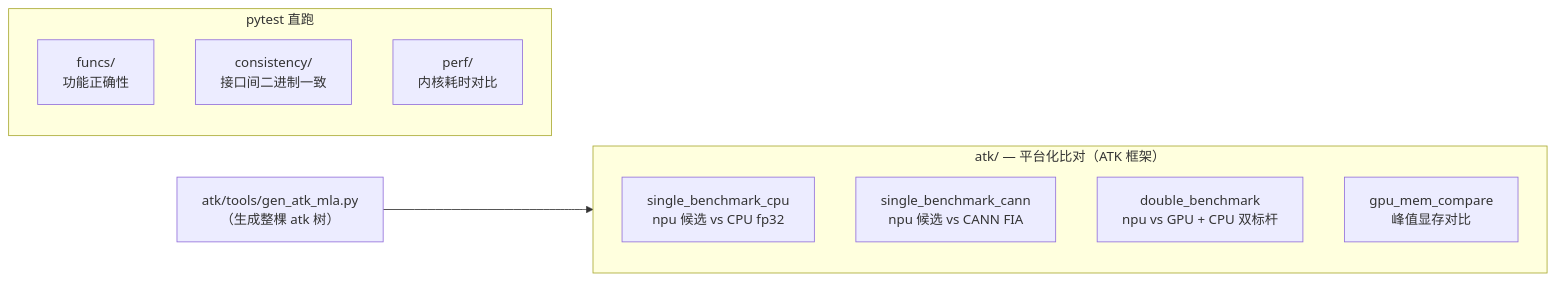
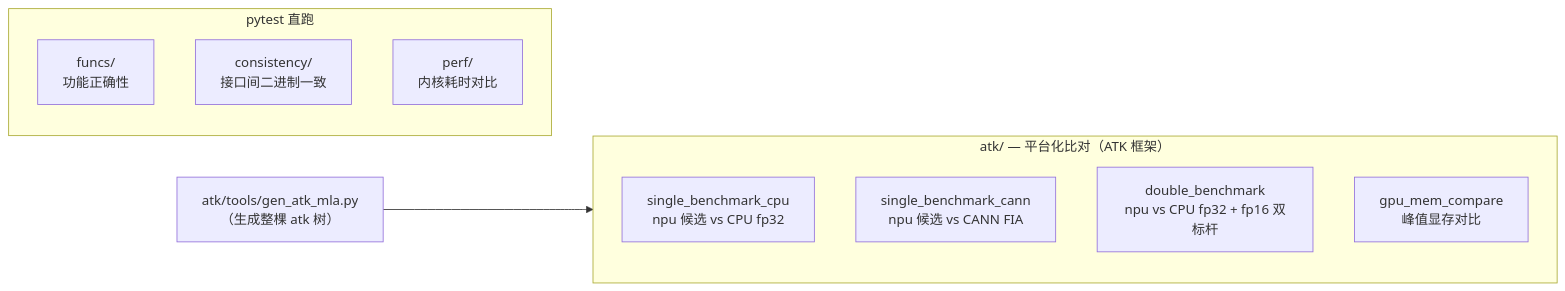
The first of 2 diagrams in docs/test/README.md (defeng2008/flash-attention-npu), drawn with Mermaid before and after one commit. The commit also changed other lines of this file and 37 other files, not shown here.

Commit message:
fix(atk): double_benchmark 标杆改为同机 CPU fp16/fp32 双标杆

````diff
--- a/docs/test/README.md
+++ b/docs/test/README.md
@@ -12,15 +12,15 @@
 ```mermaid
 flowchart LR
   subgraph ATK["atk/ — 平台化比对（ATK 框架）"]
     A1["single_benchmark_cpu<br/>npu 候选 vs CPU fp32"]
     A2["single_benchmark_cann<br/>npu 候选 vs CANN FIA"]
-    A3["double_benchmark<br/>npu vs GPU + CPU 双标杆"]
+    A3["double_benchmark<br/>npu vs CPU fp32 + fp16 双标杆"]
     A4["gpu_mem_compare<br/>峰值显存对比"]
   end
   subgraph PY["pytest 直跑"]
     B1["funcs/<br/>功能正确性"]
     B2["consistency/<br/>接口间二进制一致"]
     B3["perf/<br/>内核耗时对比"]
   end
   SRC["atk/tools/gen_atk_mla.py<br/>（生成整棵 atk 树）"] --> ATK
 ```
````
